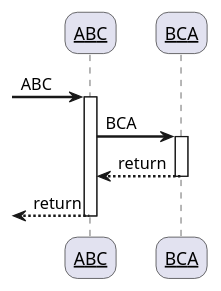
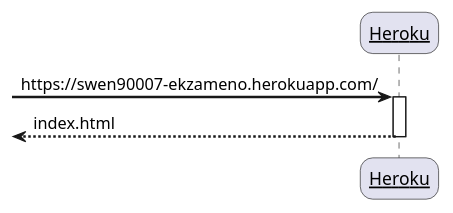
The diagram in docs/diagrams/sequence/securePipe.puml (omjadas/ekzameno), drawn with PlantUML before and after one commit. The commit also changed 2 other files, not shown here.

Commit message:
sequence diagram

```diff
--- a/docs/diagrams/sequence/securePipe.puml
+++ b/docs/diagrams/sequence/securePipe.puml
@@ -1,23 +1,16 @@
 @startuml Secure Pipe
 
 skinparam sequenceArrowThickness 2
 skinparam roundcorner 20
-skinparam maxmessagesize 130
+skinparam maxmessagesize 180
 skinparam sequenceParticipant underline
 
-participant "ABC" as A
-participant "BCA" as B
+participant "Heroku" as A
 
--> A: ABC
+-> A: https://swen90007-ekzameno.herokuapp.com/
 activate A
 
-A -> B: BCA
-activate B
-
-B --> A: return
-deactivate B
-
-<-- A: return
+<-- A: index.html
 deactivate A
 
 @enduml
```
